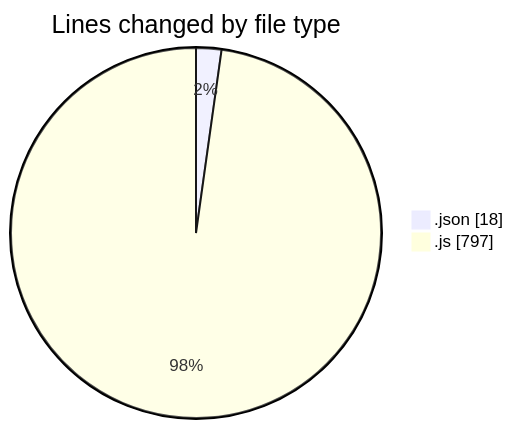
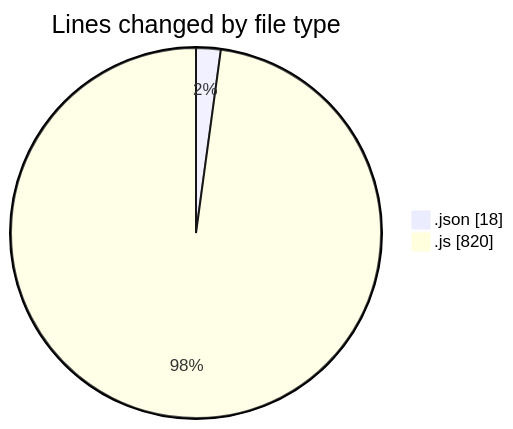
One commit to BS-eng2023/code-tracking changed the first of 2 diagrams in 2025-04-01/jsvms/README.md. Above: the diagram before and after it, drawn with Mermaid. The commit also changed other lines of this file and 1 other file, not shown here.

````diff
--- a/2025-04-01/jsvms/README.md
+++ b/2025-04-01/jsvms/README.md
@@ -31,6 +31,6 @@
 ```mermaid
 pie showData
 title Lines changed by file type
 ".json" : 18
-".js" : 797
+".js" : 820
 ```
````
